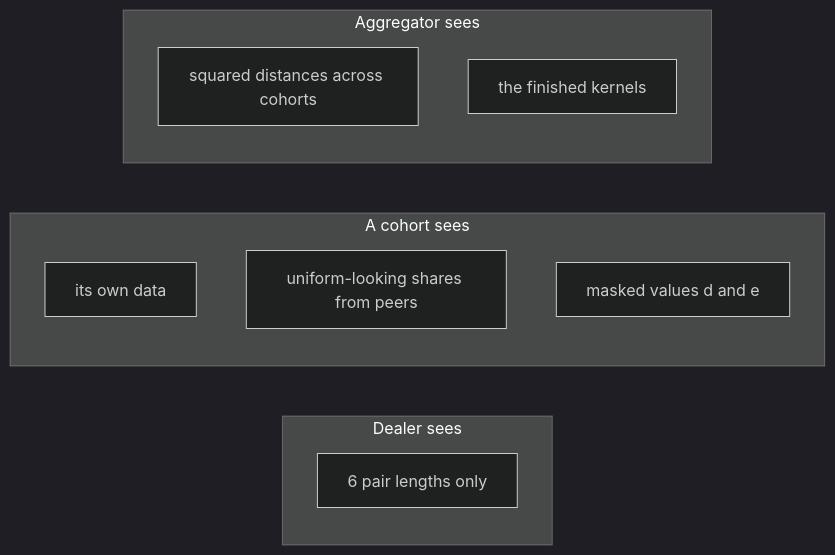
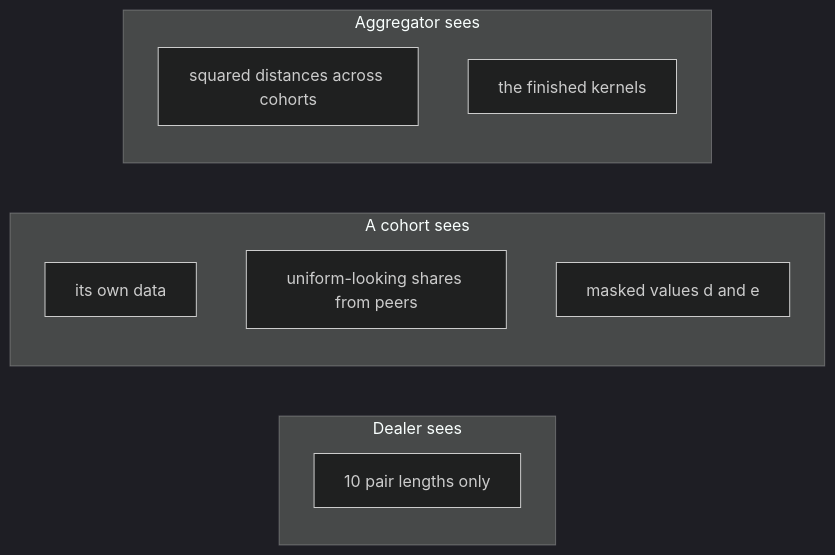
Before and after one commit to PrivateAIM/secure-dot-product: the seventh of 7 diagrams in secureDotProduct/MULTICOHORT_RBF_FLOW.md, drawn with Mermaid (dark theme). The commit also changed other lines of this file and 1 other file, not shown here.

````diff
--- a/secureDotProduct/MULTICOHORT_RBF_FLOW.md
+++ b/secureDotProduct/MULTICOHORT_RBF_FLOW.md
@@ -261,15 +284,15 @@
 ```mermaid
 flowchart LR
     subgraph DEALER[Dealer sees]
-        D1[6 pair lengths only]
+        D1[10 pair lengths only]
     end
     subgraph SITE[A cohort sees]
         S1[its own data]
         S2[uniform-looking shares from peers]
         S3[masked values d and e]
     end
     subgraph AGG[Aggregator sees]
         G1[squared distances across cohorts]
         G2[the finished kernels]
     end
 ```
````
